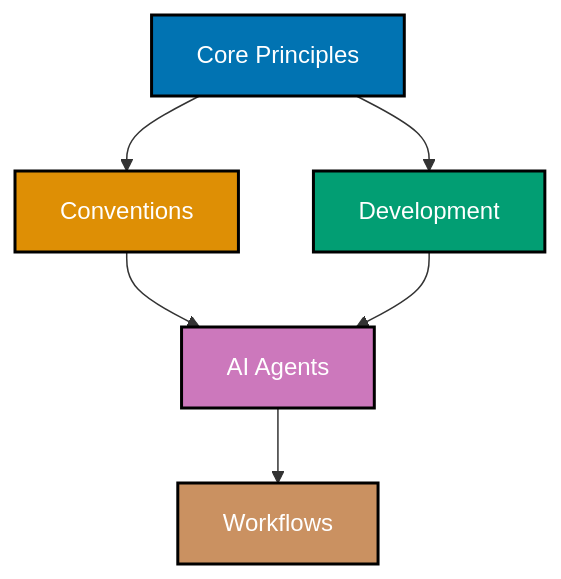
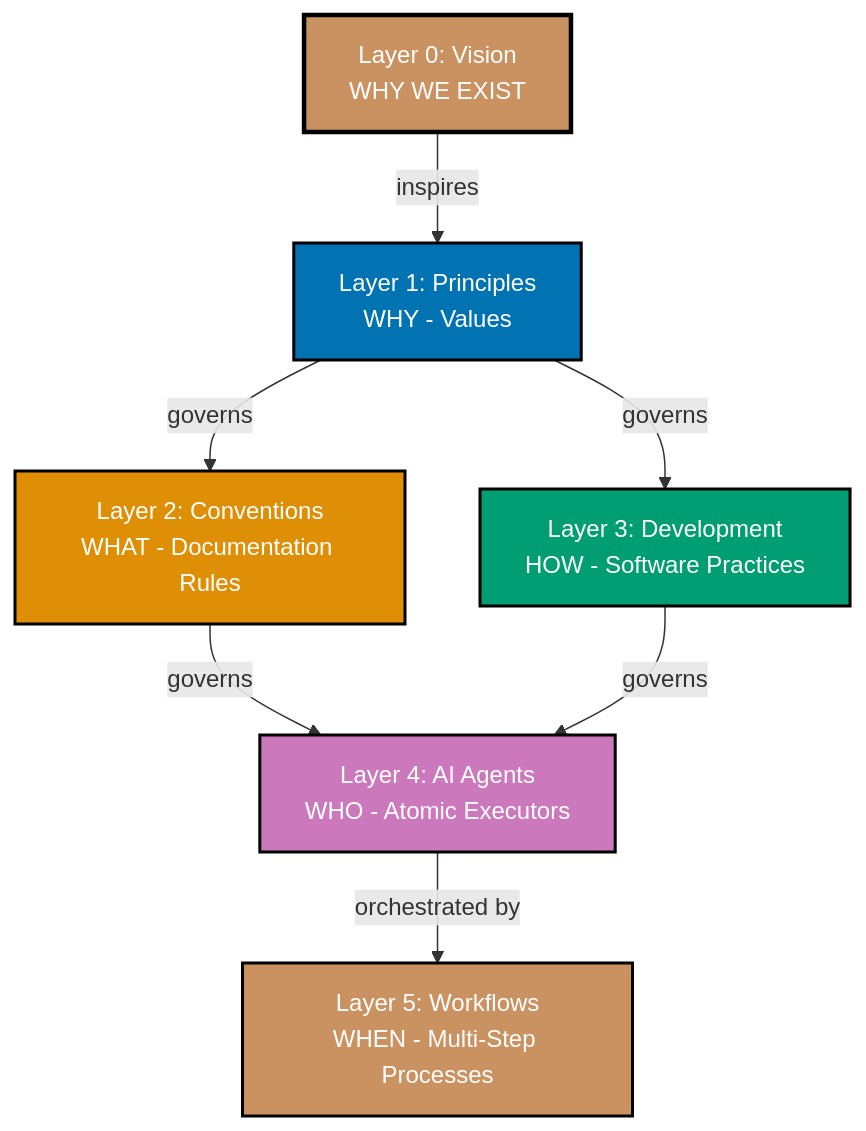
Before and after one commit to wahidyankf/open-sharia-enterprise: the diagram in docs/explanation/README.md, drawn with Mermaid. The commit also changed other lines of this file and 8 other files, not shown here.

First line of the commit message:
docs(architecture): add comprehensive six-layer architecture document

````diff
--- a/docs/explanation/README.md
+++ b/docs/explanation/README.md
@@ -19,21 +21,24 @@
 ```mermaid
 %% Color Palette: Blue #0173B2, Orange #DE8F05, Teal #029E73, Purple #CC78BC, Brown #CA9161
 graph TD
-	A[Core Principles]
-	B[Conventions]
-	C[Development]
-	D[AI Agents]
-	E[Workflows]
+	L0[Layer 0: Vision<br/>WHY WE EXIST]
+	L1[Layer 1: Principles<br/>WHY - Values]
+	L2[Layer 2: Conventions<br/>WHAT - Documentation Rules]
+	L3[Layer 3: Development<br/>HOW - Software Practices]
+	L4[Layer 4: AI Agents<br/>WHO - Atomic Executors]
+	L5[Layer 5: Workflows<br/>WHEN - Multi-Step Processes]
 
-	A --> B
-	A --> C
-	B --> D
-	C --> D
-	D --> E
+	L0 -->|inspires| L1
+	L1 -->|governs| L2
+	L1 -->|governs| L3
+	L2 -->|governs| L4
+	L3 -->|governs| L4
+	L4 -->|orchestrated by| L5
 
-	style A fill:#0173B2,stroke:#000000,color:#FFFFFF,stroke-width:2px
-	style B fill:#DE8F05,stroke:#000000,color:#FFFFFF,stroke-width:2px
-	style C fill:#029E73,stroke:#000000,color:#FFFFFF,stroke-width:2px
-	style D fill:#CC78BC,stroke:#000000,color:#FFFFFF,stroke-width:2px
-	style E fill:#CA9161,stroke:#000000,color:#FFFFFF,stroke-width:2px
+	style L0 fill:#CA9161,stroke:#000000,color:#FFFFFF,stroke-width:3px
+	style L1 fill:#0173B2,stroke:#000000,color:#FFFFFF,stroke-width:2px
+	style L2 fill:#DE8F05,stroke:#000000,color:#FFFFFF,stroke-width:2px
+	style L3 fill:#029E73,stroke:#000000,color:#FFFFFF,stroke-width:2px
+	style L4 fill:#CC78BC,stroke:#000000,color:#FFFFFF,stroke-width:2px
+	style L5 fill:#CA9161,stroke:#000000,color:#FFFFFF,stroke-width:2px
 ```
````
